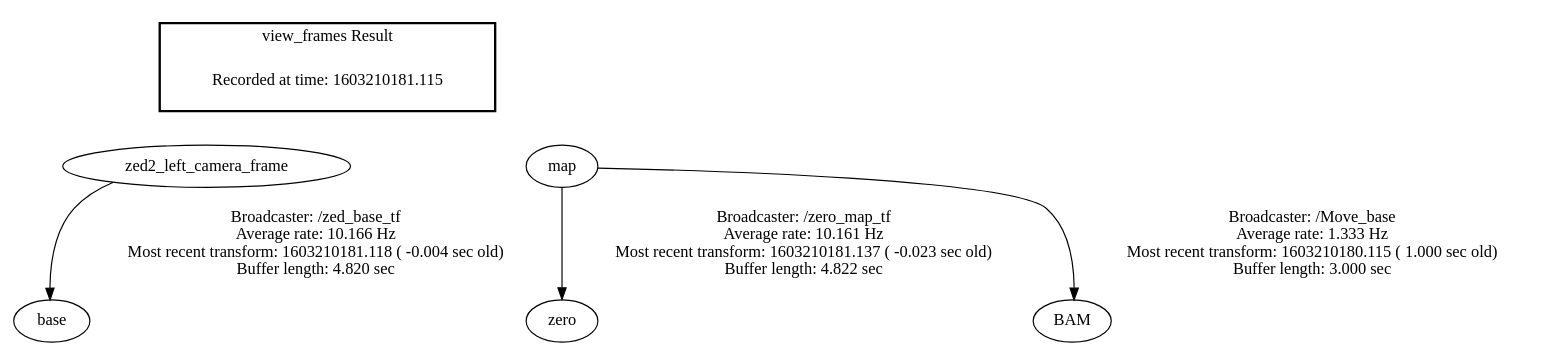
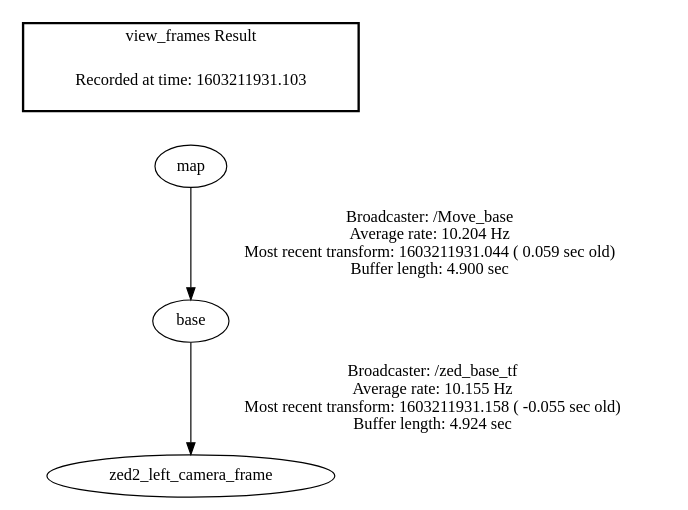
One commit to Thomasklein-git/Yolo changed the diagram in frames.gv. Above: the diagram before and after it, drawn with Graphviz. The commit also changed 6 other files, not shown here.

```diff
--- a/frames.gv
+++ b/frames.gv
@@ -1,13 +1,8 @@
 digraph G {
-"zed2_left_camera_frame" -> "base"[label="Broadcaster: /zed_base_tf\nAverage rate: 10.166 Hz\nMost recent transform: 1603210181.118 ( -0.004 sec old)\nBuffer length: 4.820 sec\n"];
-"map" -> "zero"[label="Broadcaster: /zero_map_tf\nAverage rate: 10.161 Hz\nMost recent transform: 1603210181.137 ( -0.023 sec old)\nBuffer length: 4.822 sec\n"];
-"map" -> "BAM"[label="Broadcaster: /Move_base\nAverage rate: 1.333 Hz\nMost recent transform: 1603210180.115 ( 1.000 sec old)\nBuffer length: 3.000 sec\n"];
+"base" -> "zed2_left_camera_frame"[label="Broadcaster: /zed_base_tf\nAverage rate: 10.155 Hz\nMost recent transform: 1603211931.158 ( -0.055 sec old)\nBuffer length: 4.924 sec\n"];
+"map" -> "base"[label="Broadcaster: /Move_base\nAverage rate: 10.204 Hz\nMost recent transform: 1603211931.044 ( 0.059 sec old)\nBuffer length: 4.900 sec\n"];
 edge [style=invis];
  subgraph cluster_legend { style=bold; color=black; label ="view_frames Result";
-"Recorded at time: 1603210181.115"[ shape=plaintext ] ;
- }->"zed2_left_camera_frame";
-edge [style=invis];
- subgraph cluster_legend { style=bold; color=black; label ="view_frames Result";
-"Recorded at time: 1603210181.115"[ shape=plaintext ] ;
+"Recorded at time: 1603211931.103"[ shape=plaintext ] ;
  }->"map";
 }
```
